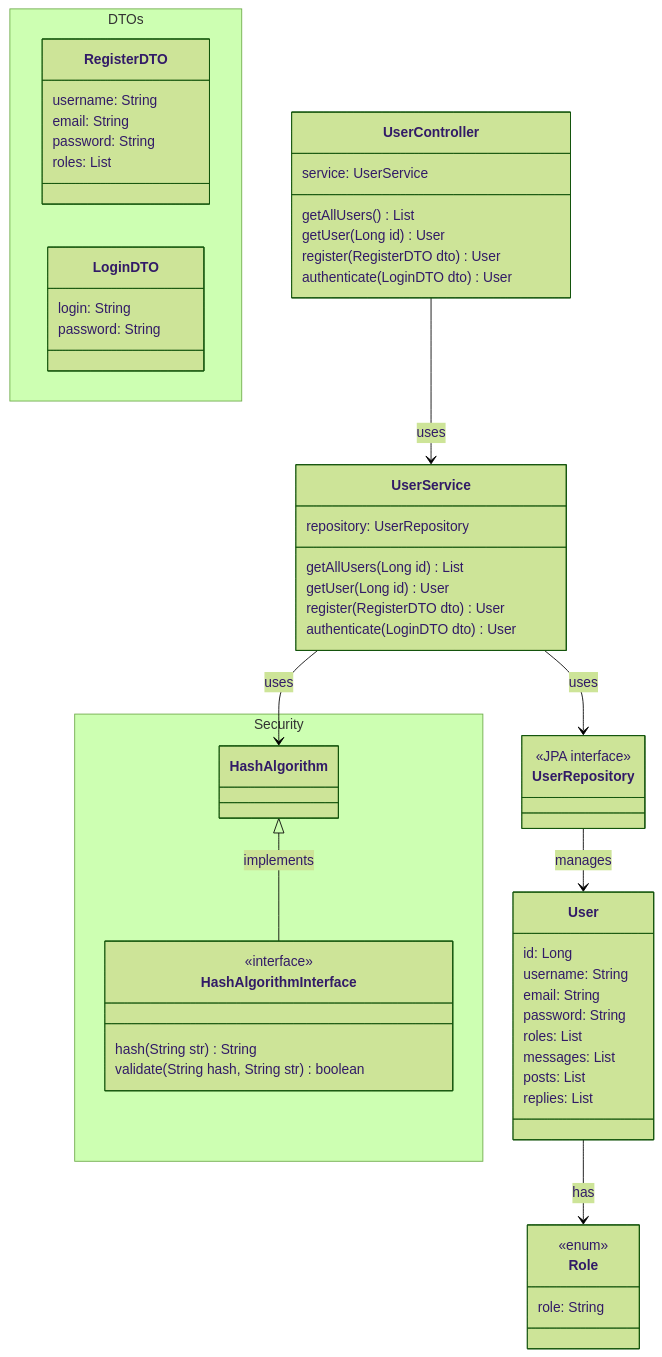
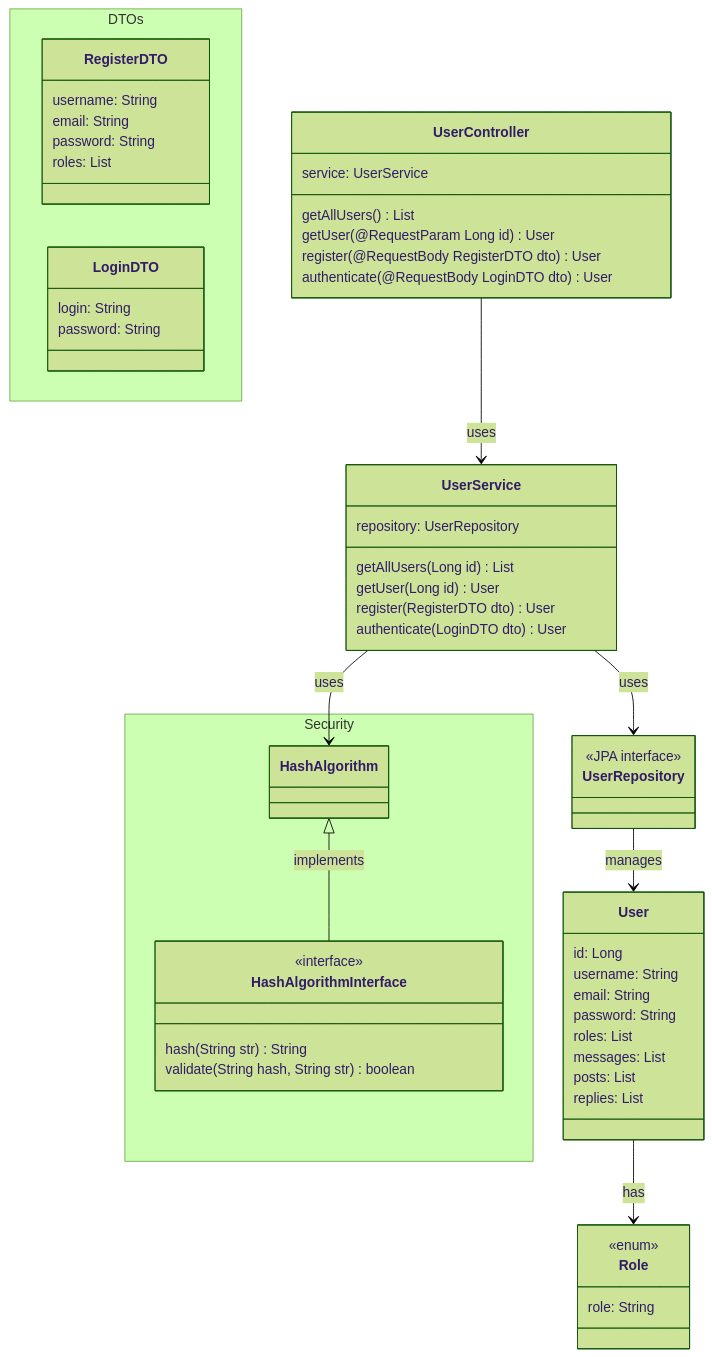
The diagram in docs/diagramas/diagrama-classes/user-domain.md (sioterino/anemonas), drawn with Mermaid (forest theme) before and after one commit. The commit also changed other lines of this file and 1 other file, not shown here.

Commit message:
diagrama de classes / tutor domain

````diff
--- a/docs/diagramas/diagrama-classes/user-domain.md
+++ b/docs/diagramas/diagrama-classes/user-domain.md
@@ -8,75 +8,75 @@
 ```mermaid
 classDiagram
 
     class User {
         id: Long
         username: String
         email: String
         password: String
         roles: List<Role>
 
         messages: List<Message>
         posts: List<ForumPost>
         replies: List<ForumReply>
     }
 
     class Role {
         <<enum>>
         role: String
     }
 
     class UserRepository {
         <<JPA interface>>
     }
 
     class UserService {
         repository: UserRepository
         getAllUsers(Long id) List<User>
         getUser(Long id) User
         register(RegisterDTO dto) User
         authenticate(LoginDTO dto) User
     }
 
     class UserController {
         service: UserService
         getAllUsers() List<User>
-        getUser(Long id) User
-        register(RegisterDTO dto) User
-        authenticate(LoginDTO dto) User
+        getUser(@RequestParam Long id) User
+        register(@RequestBody RegisterDTO dto) User
+        authenticate(@RequestBody LoginDTO dto) User
     }
 
     namespace DTOs {
         class RegisterDTO {
             username: String
             email: String
             password: String
             roles: List<Role>
         }
 
         class LoginDTO {
             login: String
             password: String
         }
     }
 
     namespace Security {
 
         class HashAlgorithmInterface {
             <<interface>>
             hash(String str) String
             validate(String hash, String str) boolean
         }
 
         class HashAlgorithm {}
 
     }
 
     User --> Role : has
     UserRepository --> User : manages
     UserService --> UserRepository : uses
     UserController --> UserService : uses
 
     HashAlgorithm <|-- HashAlgorithmInterface : implements
     UserService --> HashAlgorithm : uses
 
 ```
````
